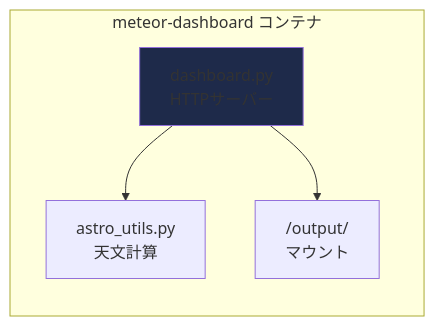
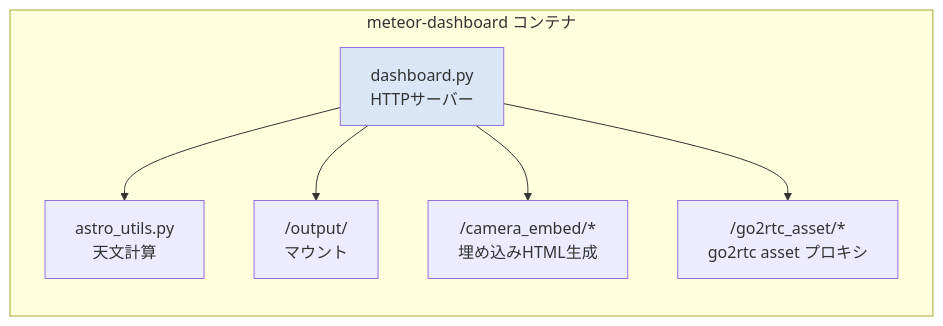
The second of 10 diagrams in documents/DOCKER_ARCHITECTURE.md (Masakai/meteo), drawn with Mermaid before and after one commit. The commit also changed other lines of this file and 8 other files, not shown here.

Commit message:
- Mermaidダイアグラム用スタイルのカラーパレットを調整   - セーフティカラーを温和なトーンへ変更   - Mermaidテーマ設定のドキュメントやスクリプトを更新 - WebRTC/Go2RTC関連のドキュメント強化   - `go2rtc` コンテナ仕様、図解を追加   - ダッシュボード埋め込み方式とストリーミング設定を反映   - 構築手順にポートや依存関係情報を補足

````diff
--- a/documents/DOCKER_ARCHITECTURE.md
+++ b/documents/DOCKER_ARCHITECTURE.md
@@ -70,13 +79,17 @@
 ```mermaid
 graph LR
     subgraph "meteor-dashboard コンテナ"
         Dashboard["dashboard.py<br/>HTTPサーバー"]
+        Embed["/camera_embed/*<br/>埋め込みHTML生成"]
+        Proxy["/go2rtc_asset/*<br/>go2rtc asset プロキシ"]
         AstroUtils["astro_utils.py<br/>天文計算"]
         Files["/output/<br/>マウント"]
     end
 
     Dashboard --> AstroUtils
     Dashboard --> Files
+    Dashboard --> Embed
+    Dashboard --> Proxy
 
-    style Dashboard fill:#1e2a4a
+    style Dashboard fill:#dbe7f6
 ```
````
